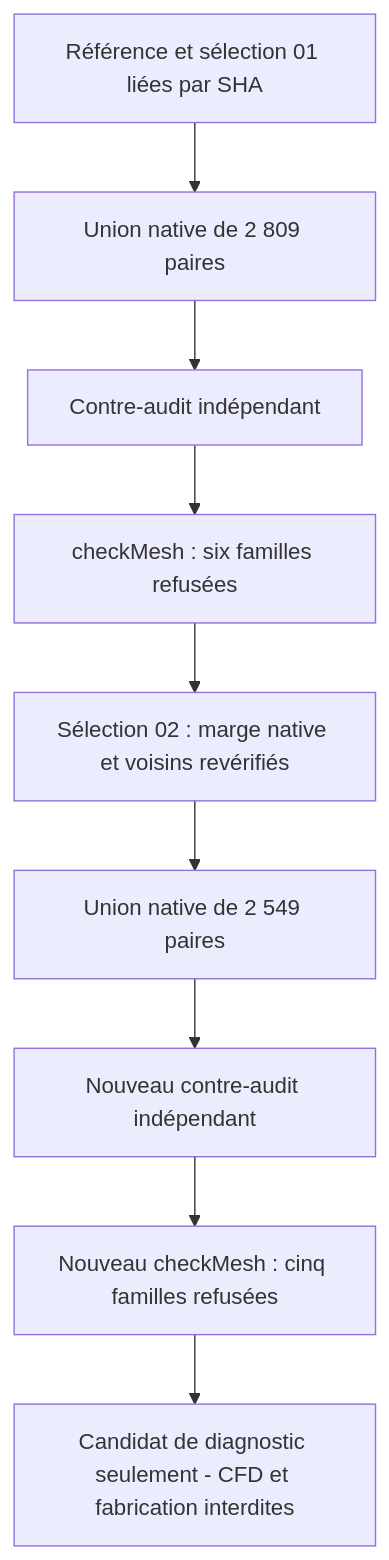
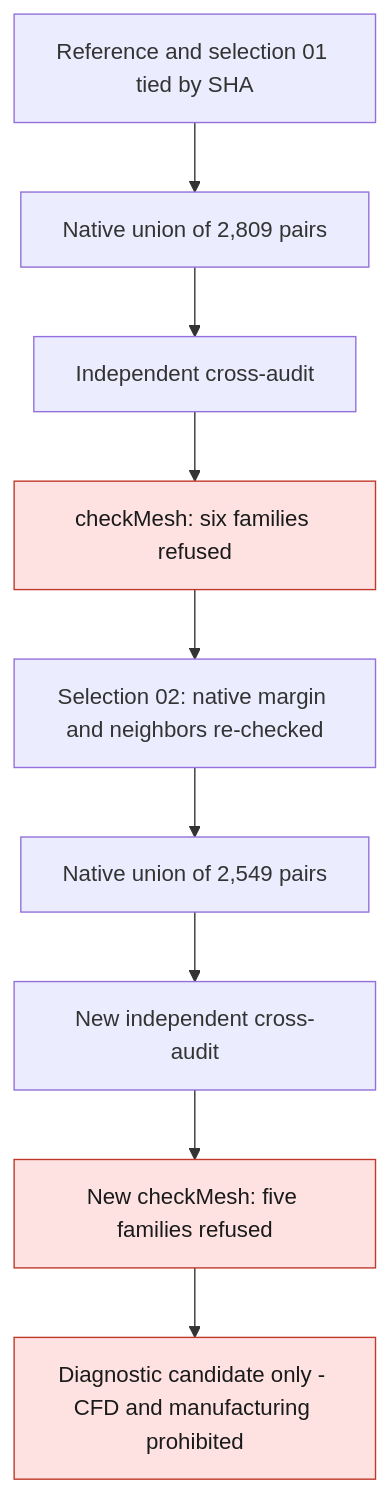
One commit to cluster2600/porscheparts changed the diagram in docs/reports/M64_AGGLOMERATION_LOCALE_20260908.md. Above: the diagram before and after it, drawn with Mermaid. The commit also changed other lines of this file and 228 other files, not shown here.

````diff
--- a/docs/reports/M64_AGGLOMERATION_LOCALE_20260908.md
+++ b/docs/reports/M64_AGGLOMERATION_LOCALE_20260908.md
@@ -95,11 +95,13 @@
 ```mermaid
 flowchart TD
-    A[Référence et sélection 01 liées par SHA] --> B[Union native de 2 809 paires]
-    B --> C[Contre-audit indépendant]
-    C --> D[checkMesh : six familles refusées]
-    D --> E[Sélection 02 : marge native et voisins revérifiés]
-    E --> F[Union native de 2 549 paires]
-    F --> G[Nouveau contre-audit indépendant]
-    G --> H[Nouveau checkMesh : cinq familles refusées]
-    H --> I[Candidat de diagnostic seulement - CFD et fabrication interdites]
+    A["Reference and selection 01 tied by SHA"] --> B["Native union of 2,809 pairs"]
+    B --> C["Independent cross-audit"]
+    C --> D["checkMesh: six families refused"]
+    D --> E["Selection 02: native margin and neighbors re-checked"]
+    E --> F["Native union of 2,549 pairs"]
+    F --> G["New independent cross-audit"]
+    G --> H["New checkMesh: five families refused"]
+    H --> I["Diagnostic candidate only - CFD and manufacturing prohibited"]
+    classDef stop fill:#fde2e1,stroke:#c0392b,color:#1a1a1a;
+    class D,H,I stop
 ```
````
